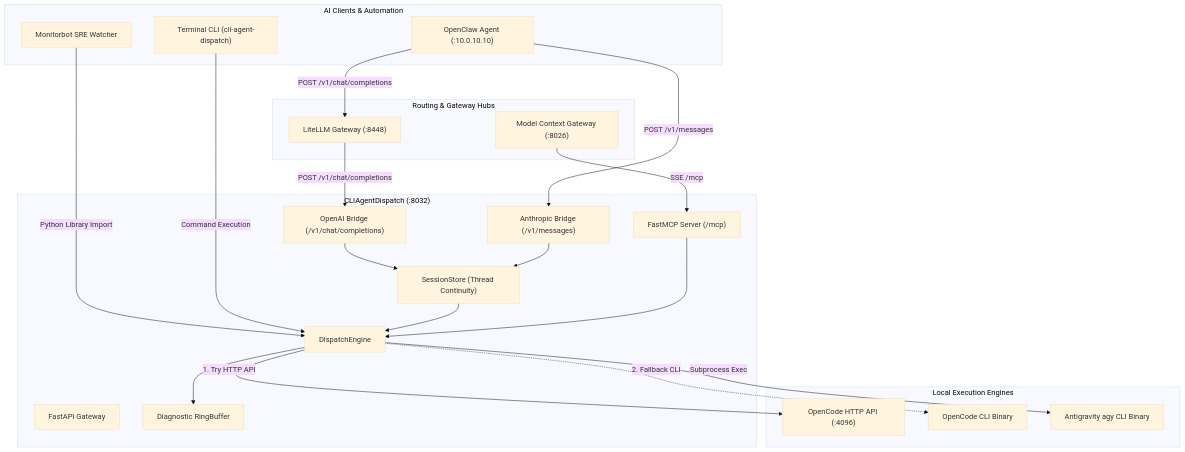
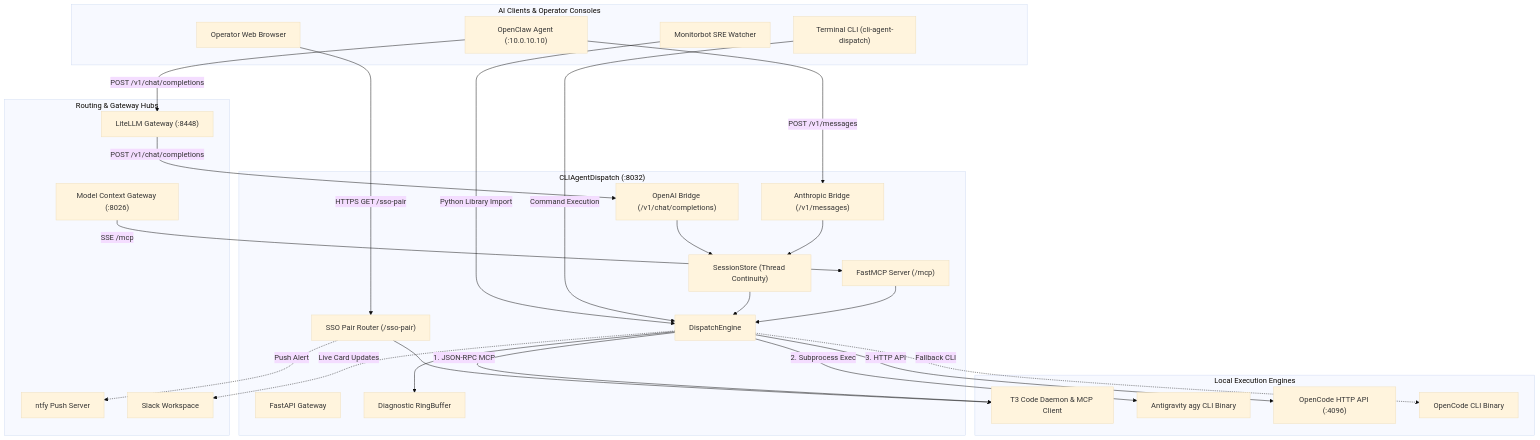
The first of 5 diagrams in ARCHITECTURE.md (spelech/CLIAgentDispatch), drawn with Mermaid (base theme) before and after one commit. The commit also changed other lines of this file and 9 other files, not shown here.

````diff
--- a/ARCHITECTURE.md
+++ b/ARCHITECTURE.md
@@ -5,46 +5,56 @@
 ```mermaid
 flowchart TD
-    subgraph Clients ["AI Clients & Automation"]
+    subgraph Clients ["AI Clients & Operator Consoles"]
         OCL["OpenClaw Agent (:10.0.10.10)"]
         CLI["Terminal CLI (cli-agent-dispatch)"]
         MB["Monitorbot SRE Watcher"]
+        BROWSER["Operator Web Browser"]
     end
 
     subgraph Hubs ["Routing & Gateway Hubs"]
         LITE["LiteLLM Gateway (:8448)"]
         MCG["Model Context Gateway (:8026)"]
+        NTFY["ntfy Push Server"]
+        SLACK["Slack Workspace"]
     end
 
     subgraph Service ["CLIAgentDispatch (:8032)"]
         API["FastAPI Gateway"]
         STORE["SessionStore (Thread Continuity)"]
         OAI["OpenAI Bridge (/v1/chat/completions)"]
         ANTH["Anthropic Bridge (/v1/messages)"]
         MCP["FastMCP Server (/mcp)"]
         ENG["DispatchEngine"]
+        PAIR["SSO Pair Router (/sso-pair)"]
         TAP["Diagnostic RingBuffer"]
     end
 
     subgraph Engines ["Local Execution Engines"]
+        T3_ENG["T3 Code Daemon & MCP Client"]
+        AGY_CLI["Antigravity agy CLI Binary"]
         OC_SRV["OpenCode HTTP API (:4096)"]
         OC_CLI["OpenCode CLI Binary"]
-        AGY_CLI["Antigravity agy CLI Binary"]
     end
 
     OCL -->|POST /v1/messages| ANTH
     OCL -->|POST /v1/chat/completions| LITE
     LITE -->|POST /v1/chat/completions| OAI
     MCG -->|SSE /mcp| MCP
     MB -->|Python Library Import| ENG
     CLI -->|Command Execution| ENG
+    BROWSER -->|HTTPS GET /sso-pair| PAIR
 
     OAI --> STORE
     ANTH --> STORE
     STORE --> ENG
     MCP --> ENG
+    PAIR --> T3_ENG
+    PAIR -.->|Push Alert| NTFY
     ENG --> TAP
+    ENG -.->|Live Card Updates| SLACK
 
-    ENG -->|1. Try HTTP API| OC_SRV
-    ENG -.->|2. Fallback CLI| OC_CLI
-    ENG -->|Subprocess Exec| AGY_CLI
+    ENG -->|1. JSON-RPC MCP| T3_ENG
+    ENG -->|2. Subprocess Exec| AGY_CLI
+    ENG -->|3. HTTP API| OC_SRV
+    ENG -.->|Fallback CLI| OC_CLI
 ```
````
